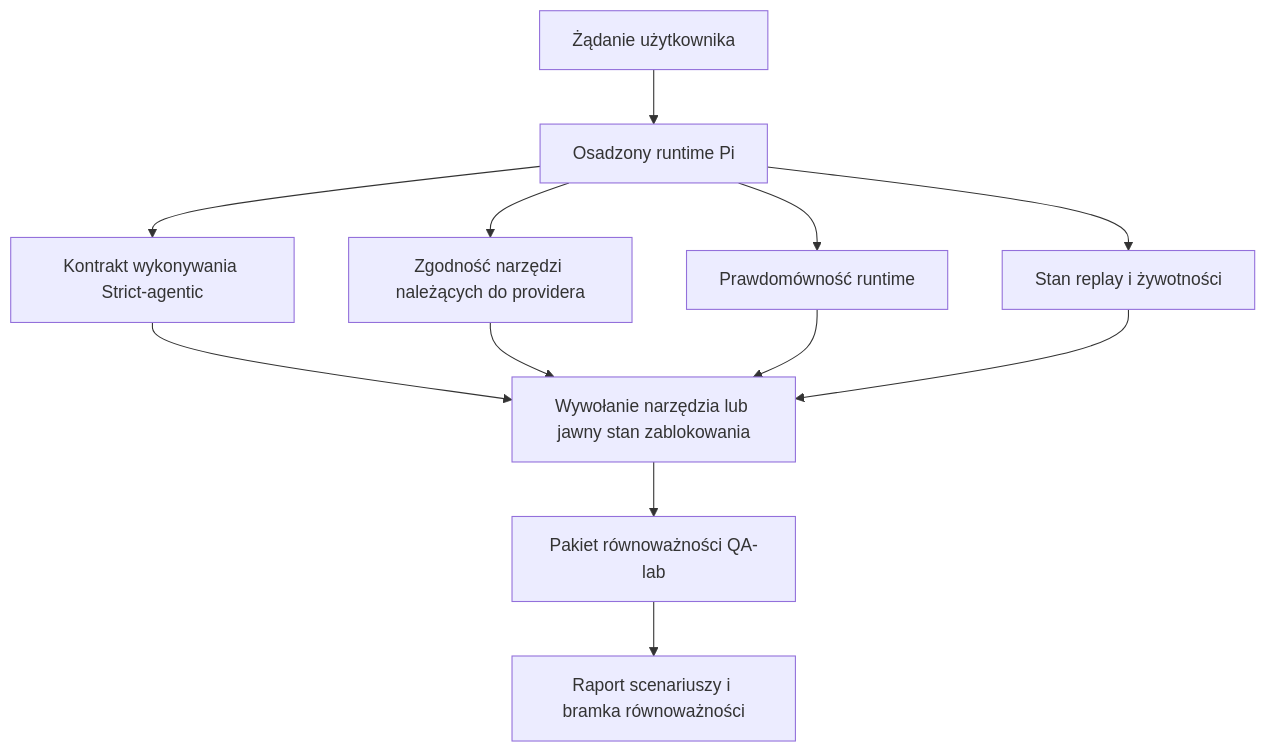
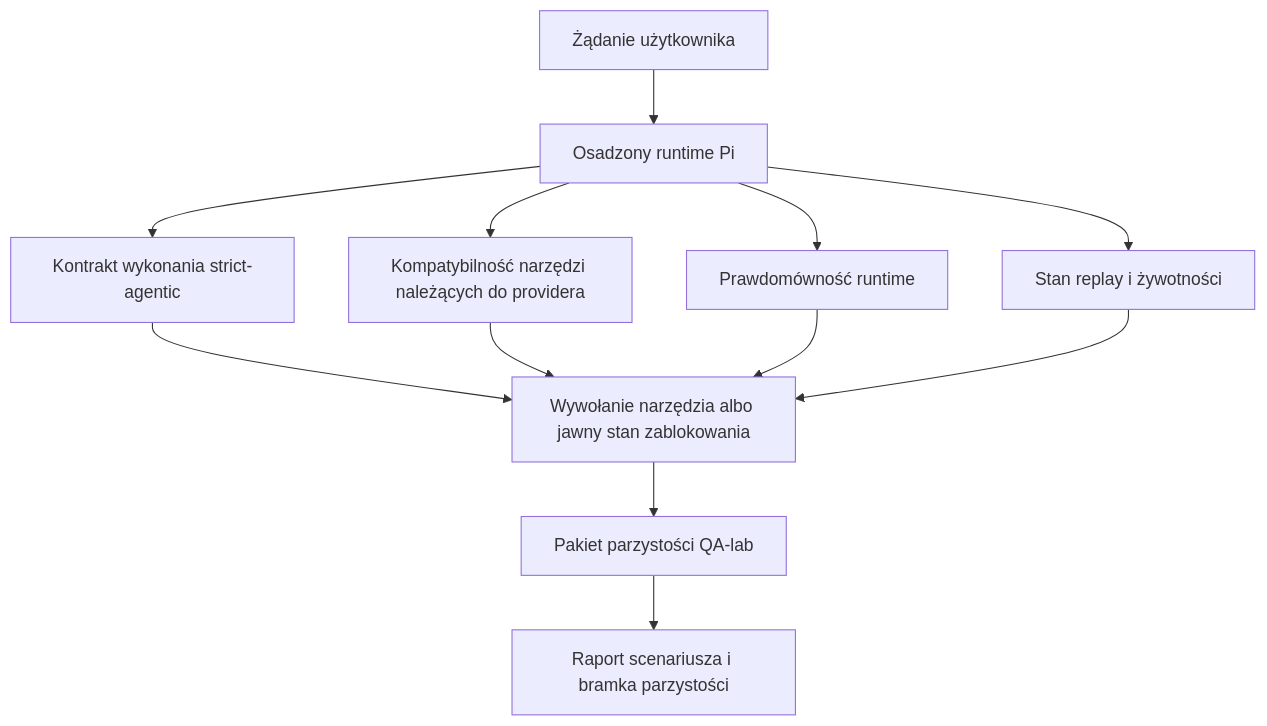
Before and after one commit to openclaw/docs: the first of 2 diagrams in docs/pl/help/gpt54-codex-agentic-parity.md, drawn with Mermaid. The commit also changed other lines of this file and 440 other files, not shown here.

````diff
--- a/docs/pl/help/gpt54-codex-agentic-parity.md
+++ b/docs/pl/help/gpt54-codex-agentic-parity.md
@@ -114,14 +114,14 @@
 ```mermaid
 flowchart TD
     A["Żądanie użytkownika"] --> B["Osadzony runtime Pi"]
-    B --> C["Kontrakt wykonywania Strict-agentic"]
-    B --> D["Zgodność narzędzi należących do providera"]
+    B --> C["Kontrakt wykonania strict-agentic"]
+    B --> D["Kompatybilność narzędzi należących do providera"]
     B --> E["Prawdomówność runtime"]
     B --> F["Stan replay i żywotności"]
-    C --> G["Wywołanie narzędzia lub jawny stan zablokowania"]
+    C --> G["Wywołanie narzędzia albo jawny stan zablokowania"]
     D --> G
     E --> G
     F --> G
-    G --> H["Pakiet równoważności QA-lab"]
-    H --> I["Raport scenariuszy i bramka równoważności"]
+    G --> H["Pakiet parzystości QA-lab"]
+    H --> I["Raport scenariusza i bramka parzystości"]
 ```
````
